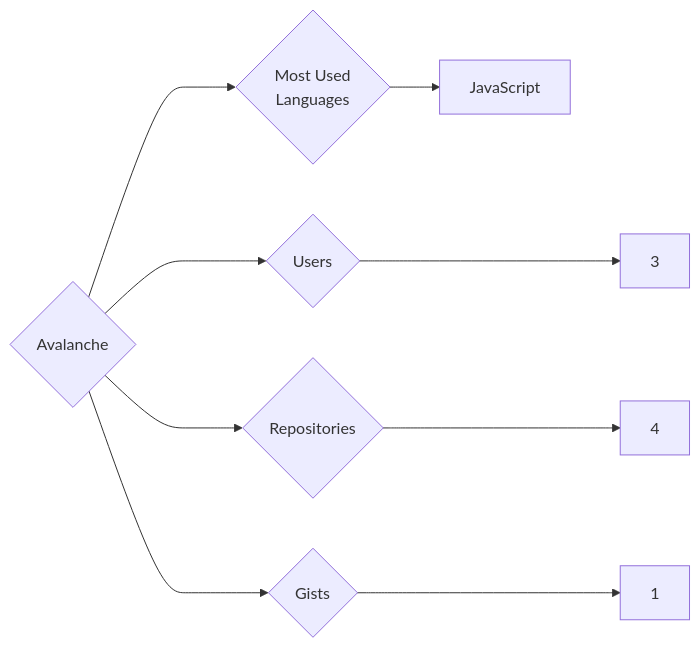
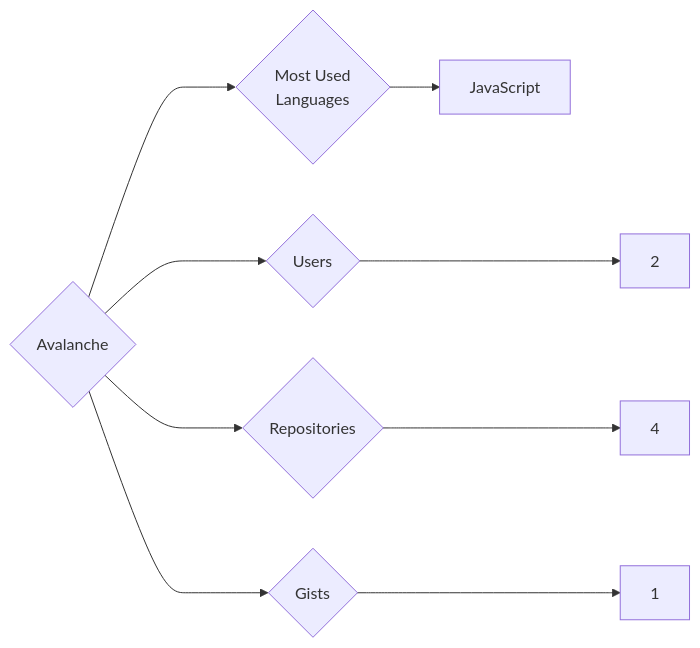
Before and after one commit to trickest/insiders: the diagram in targets/Avalanche/README.md, drawn with Mermaid. The commit also changed 934 other files, not shown here.

````diff
--- a/targets/Avalanche/README.md
+++ b/targets/Avalanche/README.md
@@ -3,9 +3,9 @@
 ```mermaid
 graph LR
 COMPANY_NAME{Avalanche}
-COMPANY_NAME ---> U{Users} ---> UN[3]
+COMPANY_NAME ---> U{Users} ---> UN[2]
 COMPANY_NAME ---> R{Repositories} ---> RN[4]
 COMPANY_NAME ---> G{Gists} ---> GN[1]
 COMPANY_NAME ---> ML{Most Used<br>Languages}
 ML --> JavaScript[JavaScript]
 ```
````
